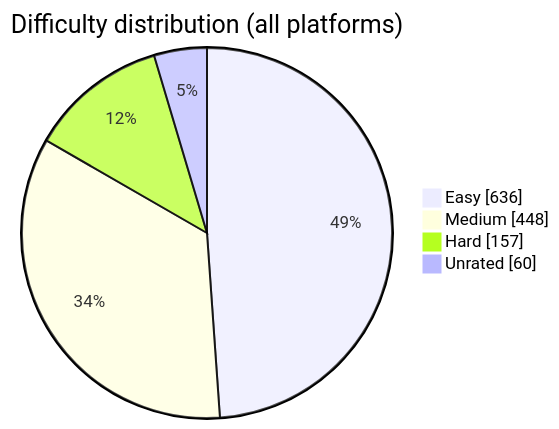
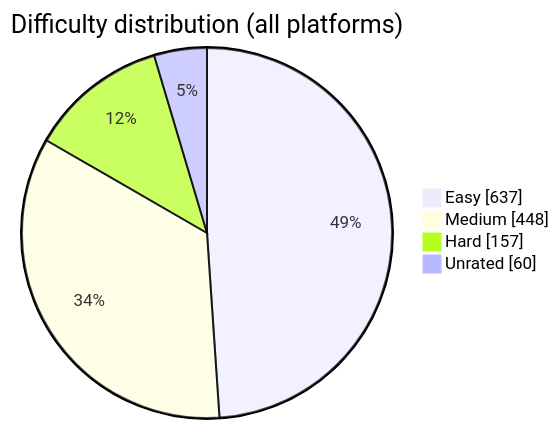
The diagram in README.md (BuildbyArindam/Daily-Coding-Log), drawn with Mermaid before and after one commit. The commit also changed other lines of this file, not shown here.

````diff
--- a/README.md
+++ b/README.md
@@ -93,7 +93,7 @@
 ```mermaid
 pie showData title Difficulty distribution (all platforms)
-    "Easy" : 636
+    "Easy" : 637
     "Medium" : 448
     "Hard" : 157
     "Unrated" : 60
 ```
````
